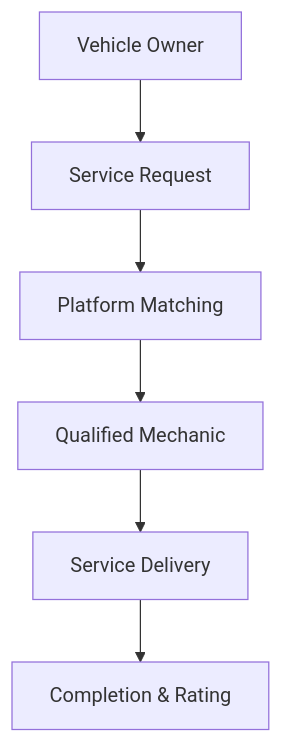
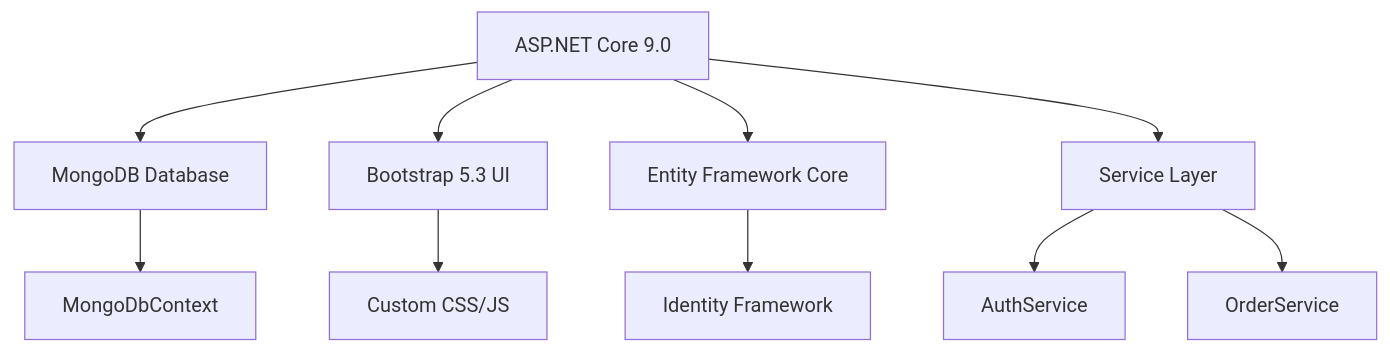
Before and after one commit to oladayo9596/AutoFix-: the first of 7 diagrams in README.md, drawn with Mermaid. The commit also changed other lines of this file and 14 other files, not shown here.

````diff
--- a/README.md
+++ b/README.md
@@ -43,8 +78,12 @@
 ```mermaid
-graph TD
-    A[Vehicle Owner] --> B[Service Request]
-    B --> C[Platform Matching]
-    C --> D[Qualified Mechanic]
-    D --> E[Service Delivery]
-    E --> F[Completion & Rating]
+graph TB
+    A[ASP.NET Core 9.0] --> B[MongoDB Database]
+    A --> C[Bootstrap 5.3 UI]
+    A --> D[Entity Framework Core]
+    B --> E[MongoDbContext]
+    C --> F[Custom CSS/JS]
+    D --> G[Identity Framework]
+    A --> H[Service Layer]
+    H --> I[AuthService]
+    H --> J[OrderService]
 ```
````
